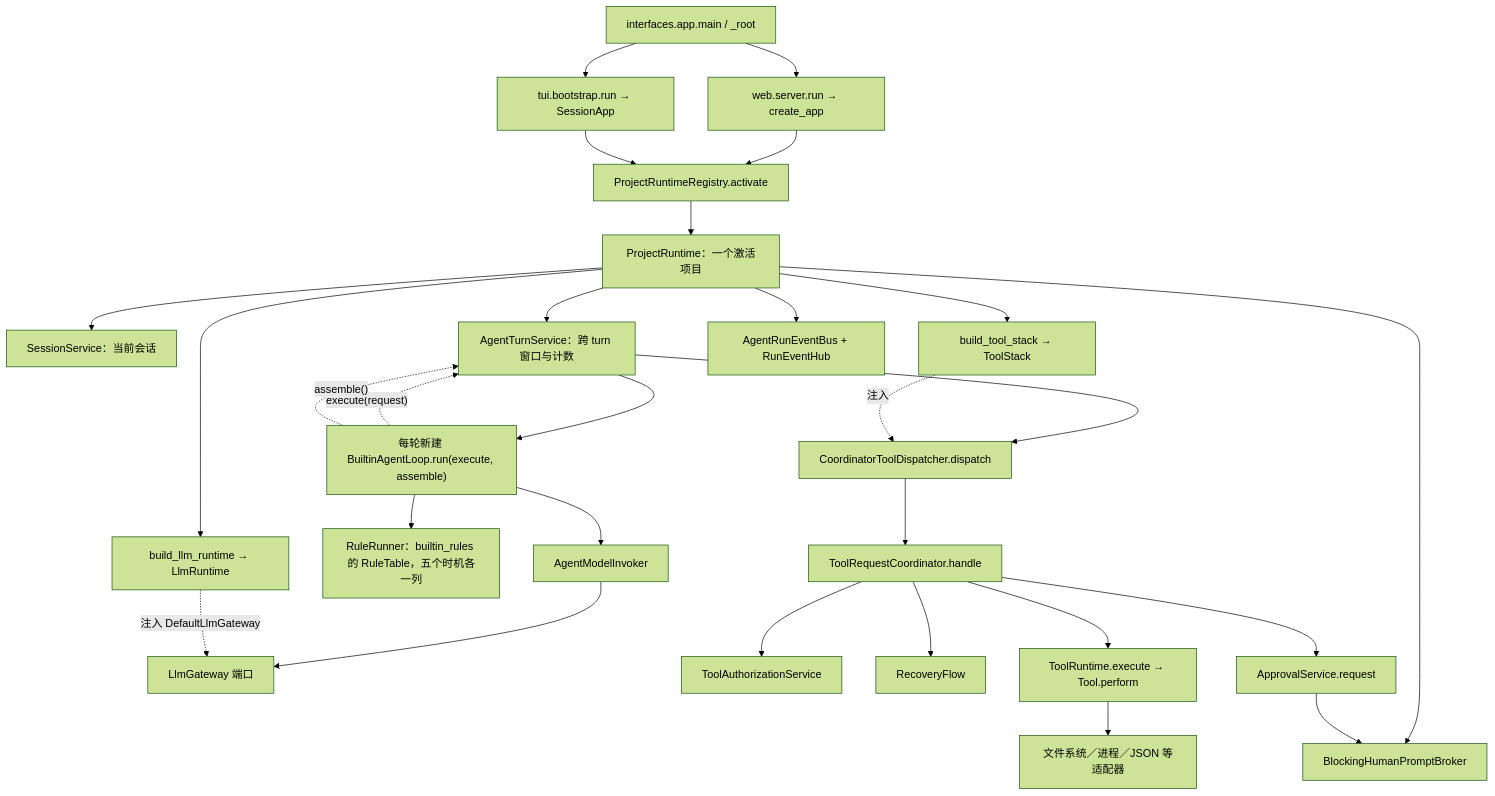
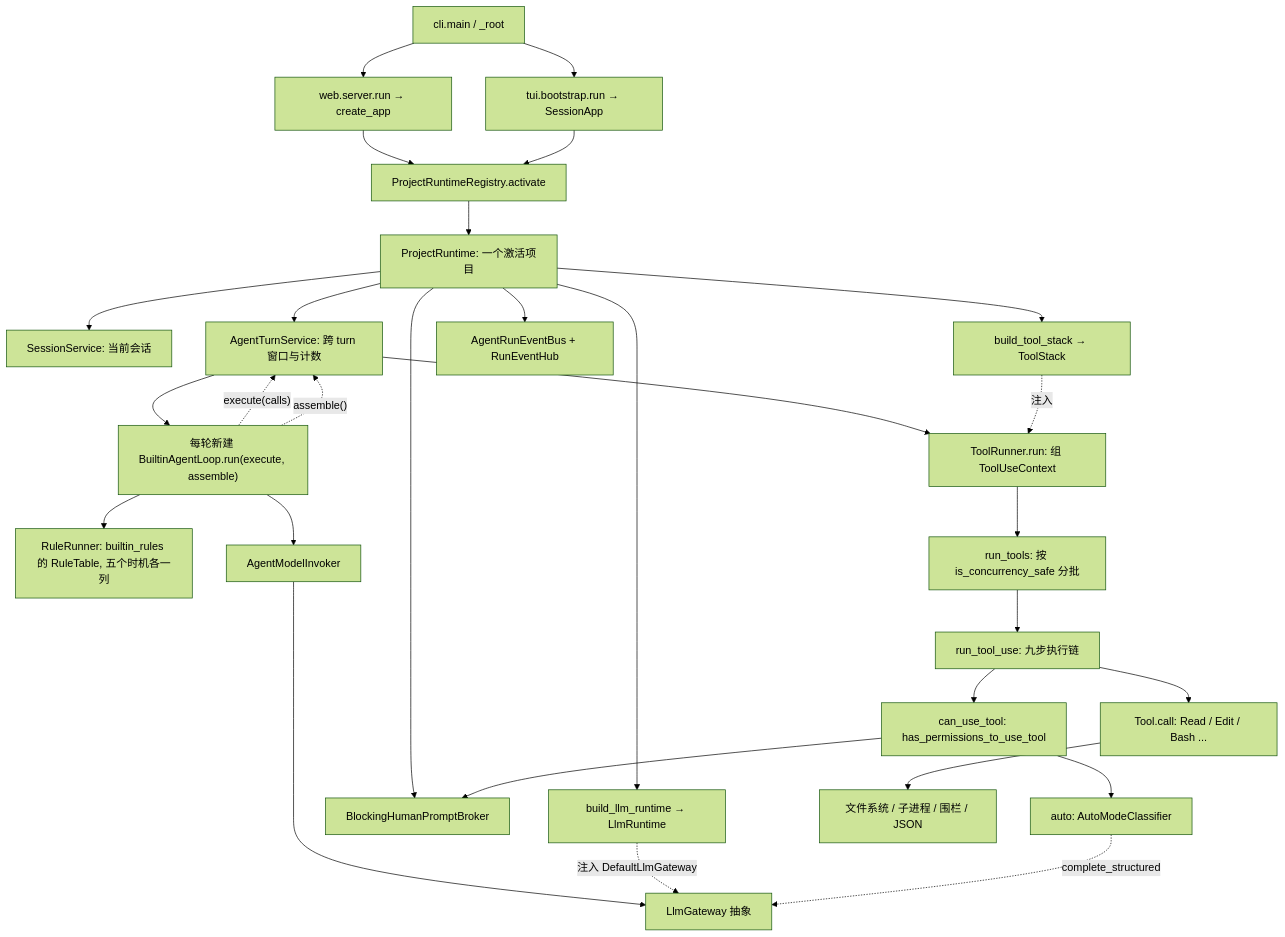
The first of 50 diagrams in docs/06-代码阅读线路.md (qubaolai/ForgeCLI), drawn with Mermaid (forest theme) before and after one commit. The commit also changed other lines of this file and 292 other files, not shown here.

````diff
--- a/docs/06-代码阅读线路.md
+++ b/docs/06-代码阅读线路.md
@@ -81,30 +94,31 @@
 ```mermaid
 flowchart TD
-    Entry["interfaces.app.main / _root"] --> Web["web.server.run → create_app"]
+    Entry["cli.main / _root"] --> Web["web.server.run → create_app"]
     Entry --> Tui["tui.bootstrap.run → SessionApp"]
     Web --> Registry["ProjectRuntimeRegistry.activate"]
     Tui --> Registry
-    Registry --> Runtime["ProjectRuntime：一个激活项目"]
-    Runtime --> Session["SessionService：当前会话"]
-    Runtime --> Turn["AgentTurnService：跨 turn 窗口与计数"]
+    Registry --> Runtime["ProjectRuntime: 一个激活项目"]
+    Runtime --> Session["SessionService: 当前会话"]
+    Runtime --> Turn["AgentTurnService: 跨 turn 窗口与计数"]
     Runtime --> Stack["build_tool_stack → ToolStack"]
     Runtime --> Llm["build_llm_runtime → LlmRuntime"]
     Runtime --> Bus["AgentRunEventBus + RunEventHub"]
     Runtime --> Prompt["BlockingHumanPromptBroker"]
     Turn --> Loop["每轮新建 BuiltinAgentLoop.run(execute, assemble)"]
-    Loop --> Rules["RuleRunner：builtin_rules 的 RuleTable，五个时机各一列"]
+    Loop --> Rules["RuleRunner: builtin_rules 的 RuleTable, 五个时机各一列"]
     Loop --> Invoker["AgentModelInvoker"]
-    Invoker --> Gateway["LlmGateway 端口"]
+    Invoker --> Gateway["LlmGateway 抽象"]
     Llm -. "注入 DefaultLlmGateway" .-> Gateway
-    Loop -. "execute(request)" .-> Turn
+    Loop -. "execute(calls)" .-> Turn
     Loop -. "assemble()" .-> Turn
-    Turn --> Dispatcher["CoordinatorToolDispatcher.dispatch"]
-    Stack -. "注入" .-> Dispatcher
-    Dispatcher --> Coordinator["ToolRequestCoordinator.handle"]
-    Coordinator --> Auth["ToolAuthorizationService"]
-    Coordinator --> Recovery["RecoveryFlow"]
-    Coordinator --> Tools["ToolRuntime.execute → Tool.perform"]
-    Coordinator --> Approval["ApprovalService.request"]
-    Approval --> Prompt
-    Tools --> Adapters["文件系统／进程／JSON 等适配器"]
+    Turn --> Runner["ToolRunner.run: 组 ToolUseContext"]
+    Stack -. "注入" .-> Runner
+    Runner --> Orchestration["run_tools: 按 is_concurrency_safe 分批"]
+    Orchestration --> Chain["run_tool_use: 九步执行链"]
+    Chain --> CanUse["can_use_tool: has_permissions_to_use_tool"]
+    CanUse --> Classifier["auto: AutoModeClassifier"]
+    Classifier -. "complete_structured" .-> Gateway
+    CanUse --> Prompt
+    Chain --> Tools["Tool.call: Read / Edit / Bash ..."]
+    Tools --> Adapters["文件系统 / 子进程 / 围栏 / JSON"]
 ```
````
